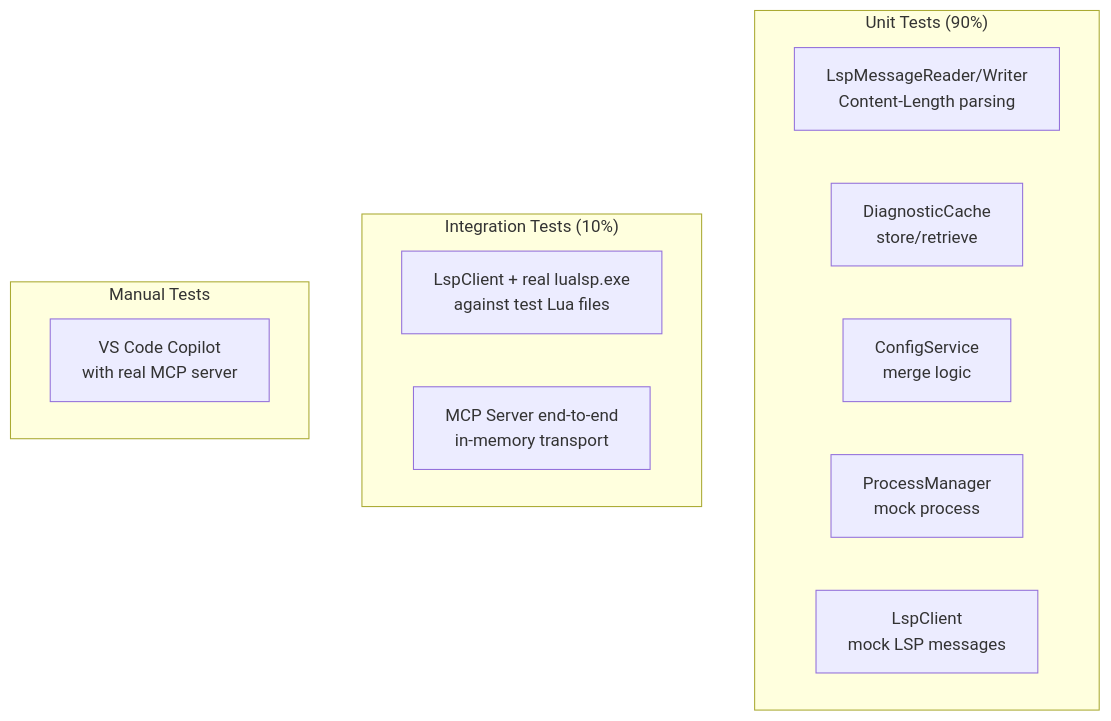
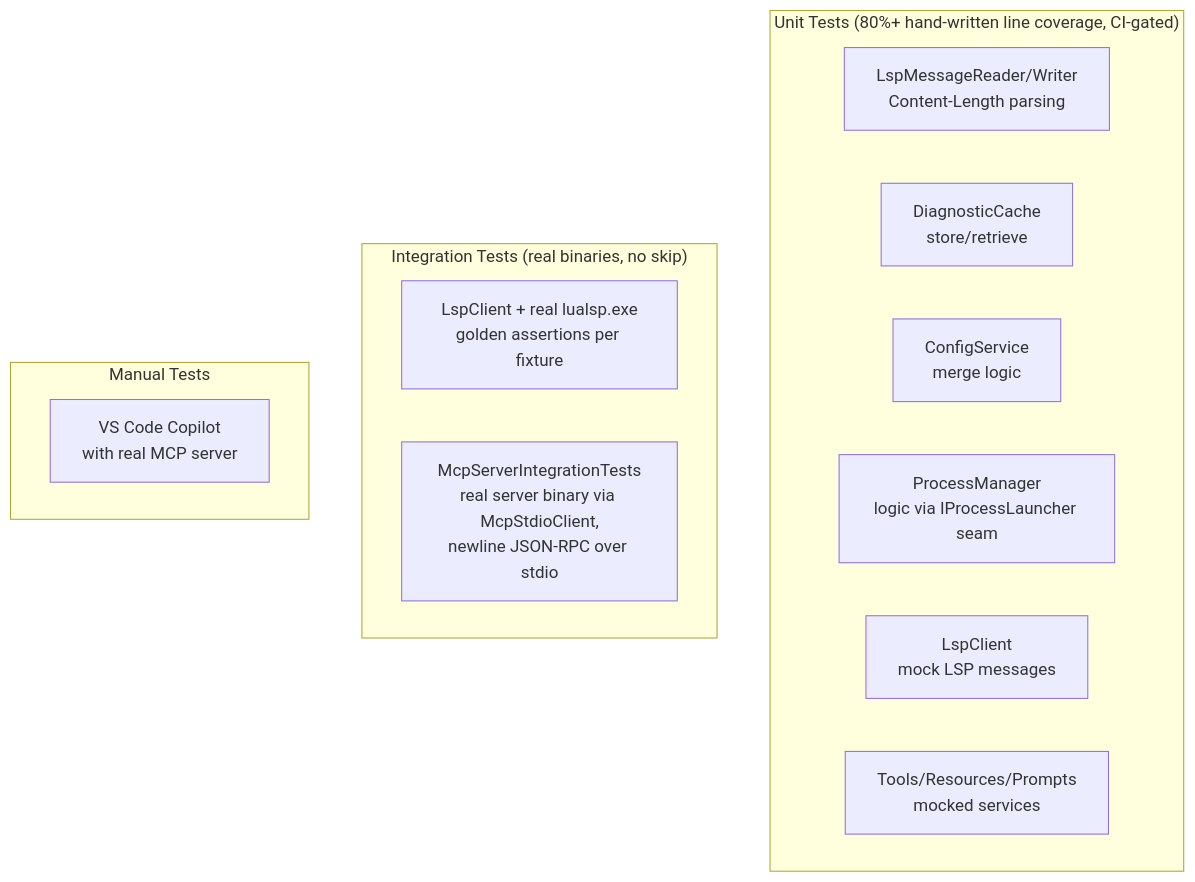
Before and after one commit to CoffeeNova/luahelper-mcp: diagram 12 of 12 in .github/docs/arch-luahelper-mcp-server.md, drawn with Mermaid. The commit also changed other lines of this file and 89 other files, not shown here.

First line of the commit message:
Phase 7: Golden LSP/MCP integration suites, check_lua_project parallel fix, CI coverage gate

````diff
--- a/.github/docs/arch-luahelper-mcp-server.md
+++ b/.github/docs/arch-luahelper-mcp-server.md
@@ -984,19 +991,20 @@
 ```mermaid
 graph TB
-    subgraph "Unit Tests (90%)"
+    subgraph "Unit Tests (80%+ hand-written line coverage, CI-gated)"
         A[LspMessageReader/Writer<br/>Content-Length parsing]
         B[DiagnosticCache<br/>store/retrieve]
         C[ConfigService<br/>merge logic]
-        D[ProcessManager<br/>mock process]
+        D[ProcessManager<br/>logic via IProcessLauncher seam]
         E[LspClient<br/>mock LSP messages]
+        F[Tools/Resources/Prompts<br/>mocked services]
     end
 
-    subgraph "Integration Tests (10%)"
-        F[LspClient + real lualsp.exe<br/>against test Lua files]
-        G[MCP Server end-to-end<br/>in-memory transport]
+    subgraph "Integration Tests (real binaries, no skip)"
+        G[LspClient + real lualsp.exe<br/>golden assertions per fixture]
+        H[McpServerIntegrationTests<br/>real server binary via McpStdioClient,<br/>newline JSON-RPC over stdio]
     end
 
     subgraph "Manual Tests"
-        H[VS Code Copilot<br/>with real MCP server]
+        I[VS Code Copilot<br/>with real MCP server]
     end
 ```
````
